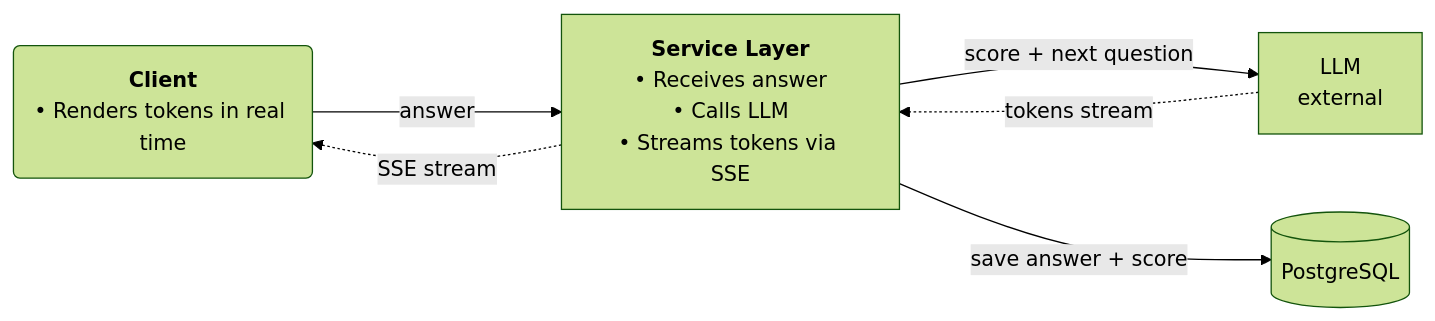
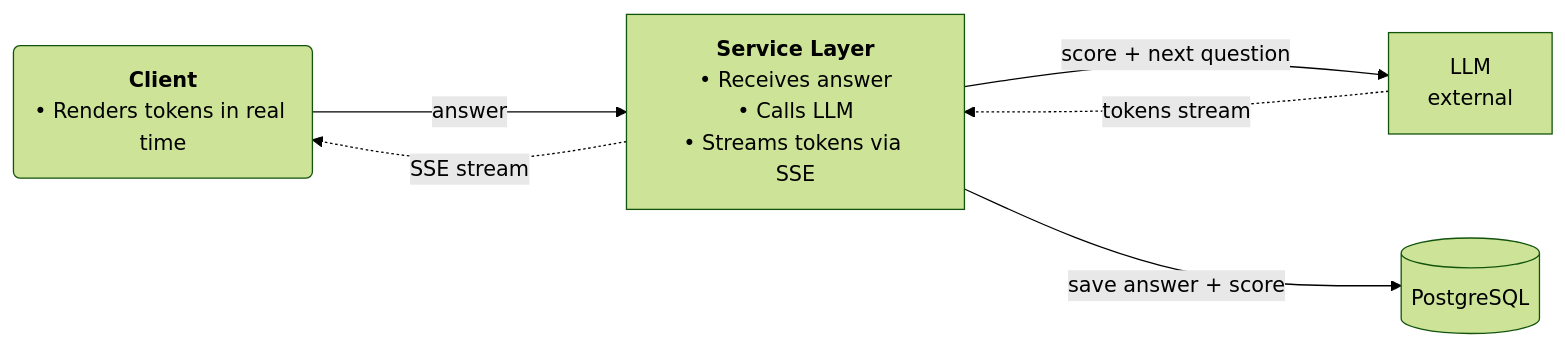
Before and after one commit to shivam-tamboli/GrillMyProject: the fifth of 5 diagrams in SYSTEM_DESIGN.md, drawn with Mermaid (forest theme).

Commit message:
fix deep dive 1 diagram spacing

````diff
--- a/SYSTEM_DESIGN.md
+++ b/SYSTEM_DESIGN.md
@@ -532,14 +532,14 @@
 ```mermaid
-%%{init: {'flowchart': {'nodeSpacing': 60, 'rankSpacing': 100}}}%%
+%%{init: {'flowchart': {'nodeSpacing': 80, 'rankSpacing': 150}}}%%
 flowchart LR
     Client("<b>Client</b><br/>• Renders tokens in real time")
     SVC["<b>Service Layer</b><br/>• Receives answer<br/>• Calls LLM<br/>• Streams tokens via SSE"]
     LLM["LLM<br/>external"]
     PG[(PostgreSQL)]
 
     Client -->|answer| SVC
     SVC -->|score + next question| LLM
     LLM -.->|tokens stream| SVC
     SVC -.->|SSE stream| Client
     SVC -->|save answer + score| PG
 ```
````
